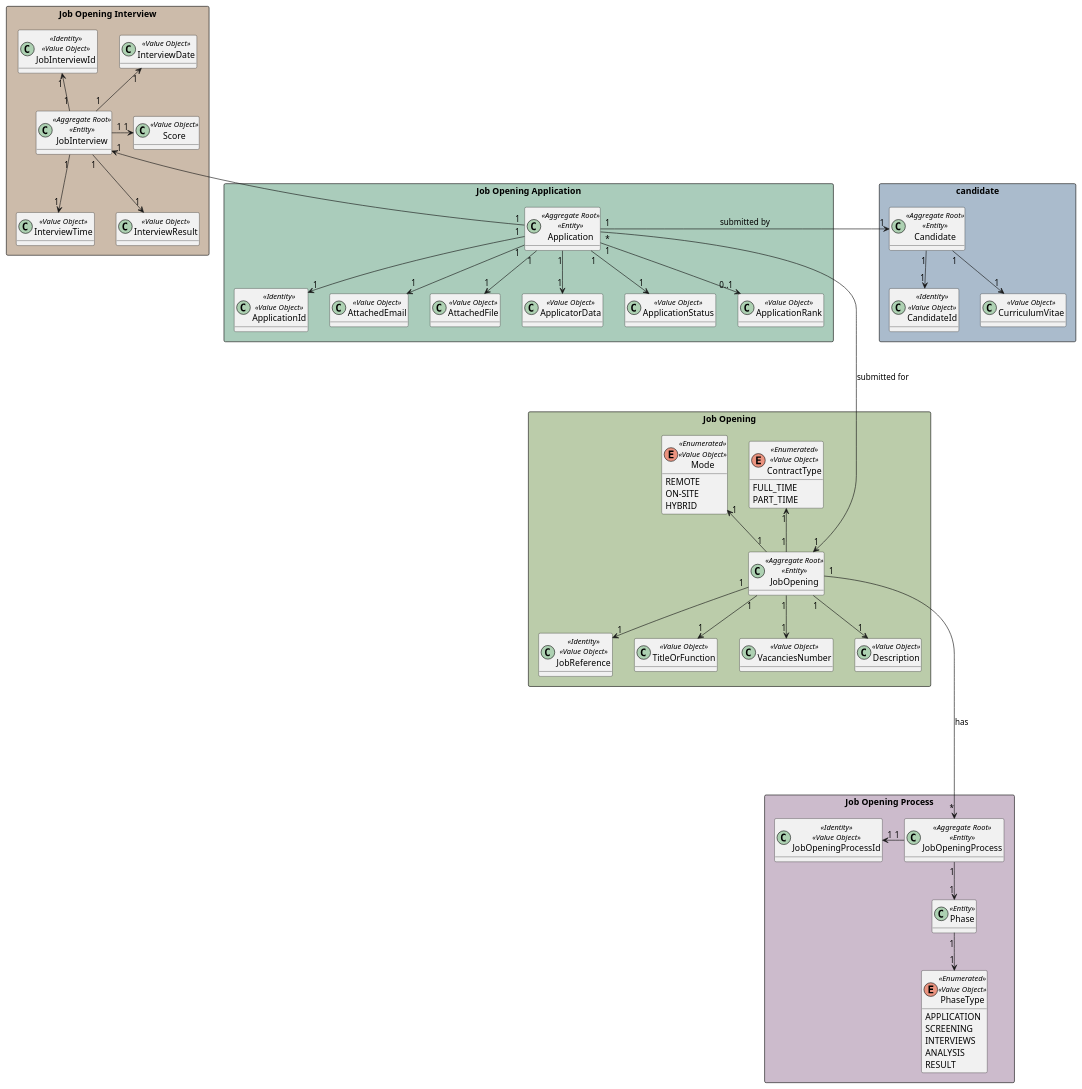
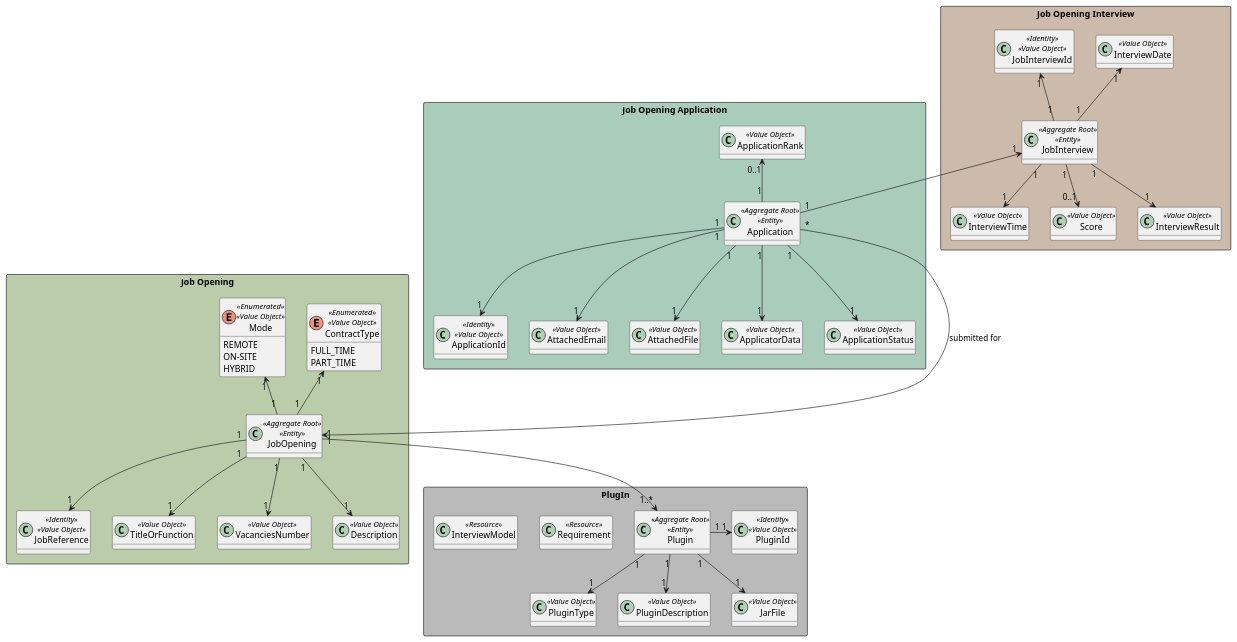
Before and after one commit to marcoferreira37/Lapr4: the diagram in docs/sprintC/1018/puml/1018-domain-model.puml, drawn with PlantUML. The commit also changed 4 other files, not shown here.

```diff
--- a/docs/sprintC/1018/puml/1018-domain-model.puml
+++ b/docs/sprintC/1018/puml/1018-domain-model.puml
@@ -1,123 +1,104 @@
 @startuml
 'https://plantuml.com/class-diagram
 
 hide methods
 
+rectangle "Job Opening Interview" #ccbbaa {
+    class JobInterview <<Aggregate Root>><<Entity>>{}
+    class JobInterviewId<<Identity>><<Value Object>>{}
+    class InterviewDate<<Value Object>>{}
+    class InterviewTime<<Value Object>>{}
+    class Score<<Value Object>>{}
+    class InterviewResult<<Value Object>>{}
+}
+
+rectangle "PlugIn" #bababa {
+    class Plugin <<Aggregate Root>><<Entity>>{}
+    class PluginType<<Value Object>>{}
+    class PluginId<<Identity>><<Value Object>>{}
+    class PluginDescription<<Value Object>>{}
+    class JarFile<<Value Object>>{}
+    class Requirement<<Resource>>{}
+    class InterviewModel<<Resource>>{}
+}
 rectangle "Job Opening" #bbccaa {
 
     class JobOpening<<Aggregate Root>><<Entity>>{}
 
     class JobReference<<Identity>><<Value Object>>{}
 
     class TitleOrFunction<<Value Object>>{}
 
     enum ContractType<<Enumerated>><<Value Object>>{
         FULL_TIME
         PART_TIME
     }
 
     enum Mode<<Enumerated>><<Value Object>>{
         REMOTE
         ON-SITE
         HYBRID
         }
 
 
     class VacanciesNumber<<Value Object>>{}
 
     class Description<<Value Object>>{}
-
 }
 
-
-rectangle "Job Opening Application" #aaccbb {
+ rectangle "Job Opening Application" #aaccbb {
 
     class Application<<Aggregate Root>><<Entity>>{}
 
     class ApplicationId<<Identity>><<Value Object>>{}
 
     class AttachedEmail<<Value Object>>{}
 
     class AttachedFile<<Value Object>>{}
 
     class ApplicatorData<<Value Object>>{}
 
     class ApplicationStatus<<Value Object>>{}
 
     class ApplicationRank<<Value Object>>{}
 
+'    Deviamos retirar o rank deste agregrado
+
 }
-
-
-rectangle candidate #aabbcc{
-    class Candidate<<Aggregate Root>><<Entity>>{}
-    class CandidateId<<Identity>><<Value Object>>{}
-    class CurriculumVitae<<Value Object>>{}
-}
-
-
-
-rectangle "Job Opening Process" #ccbbcc{
-    class JobOpeningProcess<<Aggregate Root>><<Entity>>{}
-    class JobOpeningProcessId<<Identity>><<Value Object>>{}
-'    class JobOpeningProcessStatus<<Value Object>>{}
-'    class JobOpeningProcessStage<<Value Object>>{}
-    class Phase<<Entity>>{
-        }
-    enum PhaseType<<Enumerated>><<Value Object>>{
-        APPLICATION
-        SCREENING
-        INTERVIEWS
-        ANALYSIS
-        RESULT
-    }
-}
-
-rectangle "Job Opening Interview" #ccbbaa {
-    class JobInterview <<Aggregate Root>><<Entity>>{}
-    class JobInterviewId<<Identity>><<Value Object>>{}
-    class InterviewDate<<Value Object>>{}
-    class InterviewTime<<Value Object>>{}
-    class Score<<Value Object>>{}
-    class InterviewResult<<Value Object>>{}
-}
-
-
-JobInterview "1" -up-> "1" JobInterviewId
-JobInterview "1" -up-> "1" InterviewDate
-JobInterview "1" --> "1" InterviewTime
-JobInterview "1" -> "1" Score
-JobInterview "1" --> "1" InterviewResult
-
-Application "1" -up-> "1" JobInterview
-
-
 
 
 JobReference "1" <-up- "1" JobOpening
 TitleOrFunction "1" <-up- "1" JobOpening
 ContractType "1" <-- "1" JobOpening
 Mode "1" <-- "1" JobOpening
 Description "1" <-up- "1" JobOpening
 VacanciesNumber "1" <-up- "1" JobOpening
 
-Candidate "1"--> "1" CandidateId
-Candidate "1"--> "1" CurriculumVitae
-
 
 Application "1" --> "1" ApplicationId
 Application "1" --> "1" AttachedEmail
 Application "1" --> "1" AttachedFile
 Application "1" --> "1" ApplicatorData
-Application "*" -----> "1" JobOpening : submitted for
-Application "1" -> "1" Candidate : submitted by
+Application "*" ---> "1" JobOpening : submitted for
 Application "1" --> "1" ApplicationStatus
-Application "1" --> "0..1" ApplicationRank
+
+Application "1" -up-> "1" JobInterview
+Application "1" -up-> "0..1" ApplicationRank
 
 
-JobOpeningProcess "1" -left-> "1" JobOpeningProcessId
-JobOpening "1" -----> "*" JobOpeningProcess : has
-JobOpeningProcess "1" --> "1" Phase
-Phase "1" --> "1" PhaseType
+
+JobInterview "1" -up-> "1" JobInterviewId
+JobInterview "1" -up-> "1" InterviewDate
+JobInterview "1" --> "1" InterviewTime
+JobInterview "1" --> "0..1" Score
+JobInterview "1" --> "1" InterviewResult
+
+JobOpening "1" --> "1..*" "Plugin"
+
+Plugin "1" --> "1" PluginType
+Plugin "1" -right-> "1" PluginId
+Plugin "1" --> "1" PluginDescription
+Plugin "1" --> "1" JarFile
+
 
 @enduml
```
